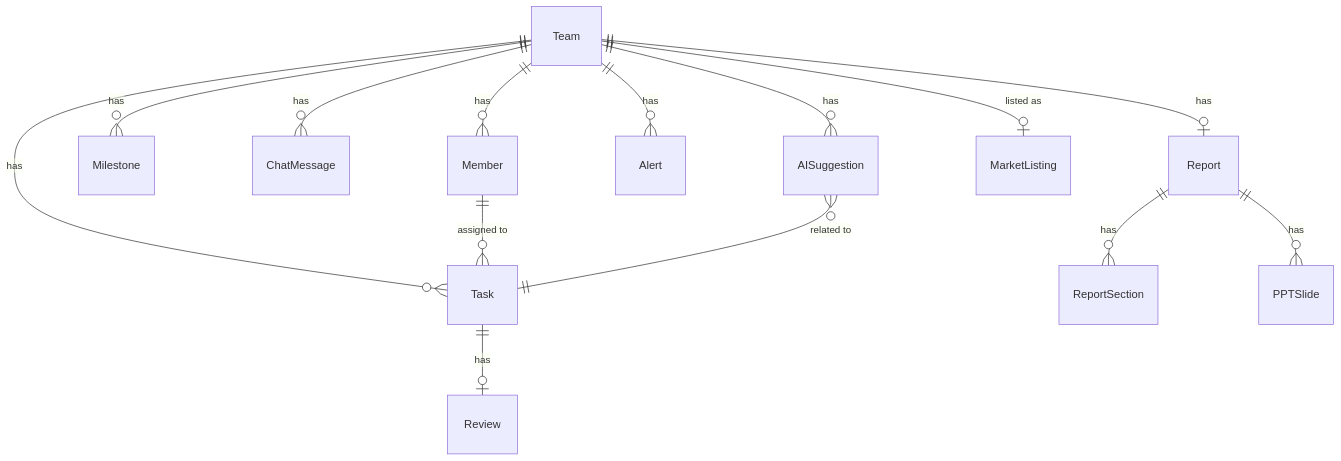
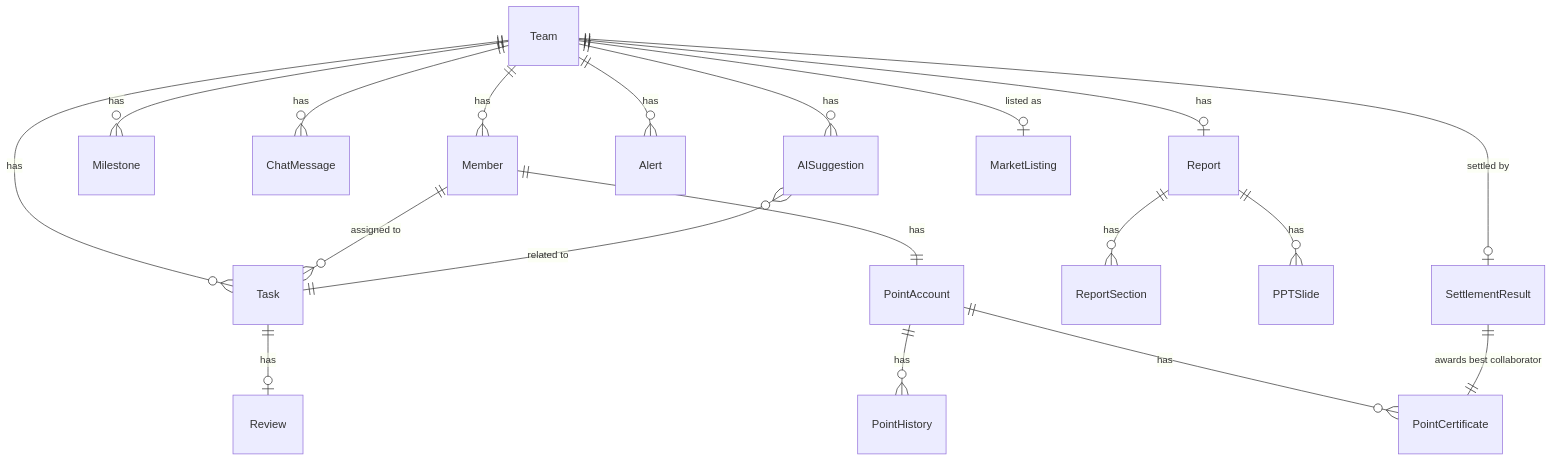
Diagram 12 of 12 in .kiro/specs/agentic-pm-service/design.md (leeysuu/AI_PM_Agent), drawn with Mermaid before and after one commit. The commit also changed other lines of this file and 1 other file, not shown here.

````diff
--- a/.kiro/specs/agentic-pm-service/design.md
+++ b/.kiro/specs/agentic-pm-service/design.md
@@ -956,19 +1023,25 @@
 ```mermaid
 erDiagram
     Team ||--o{ Member : "has"
     Team ||--o{ Task : "has"
     Team ||--o{ Milestone : "has"
     Team ||--o{ ChatMessage : "has"
     Team ||--o{ AISuggestion : "has"
     Team ||--o{ Alert : "has"
     Team ||--o| Report : "has"
     
     Member ||--o{ Task : "assigned to"
+    Member ||--|| PointAccount : "has"
     Task ||--o| Review : "has"
     AISuggestion }o--|| Task : "related to"
     
     Report ||--o{ ReportSection : "has"
     Report ||--o{ PPTSlide : "has"
     
     Team ||--o| MarketListing : "listed as"
+    Team ||--o| SettlementResult : "settled by"
+    
+    PointAccount ||--o{ PointHistory : "has"
+    PointAccount ||--o{ PointCertificate : "has"
+    SettlementResult ||--|| PointCertificate : "awards best collaborator"
 ```
````
